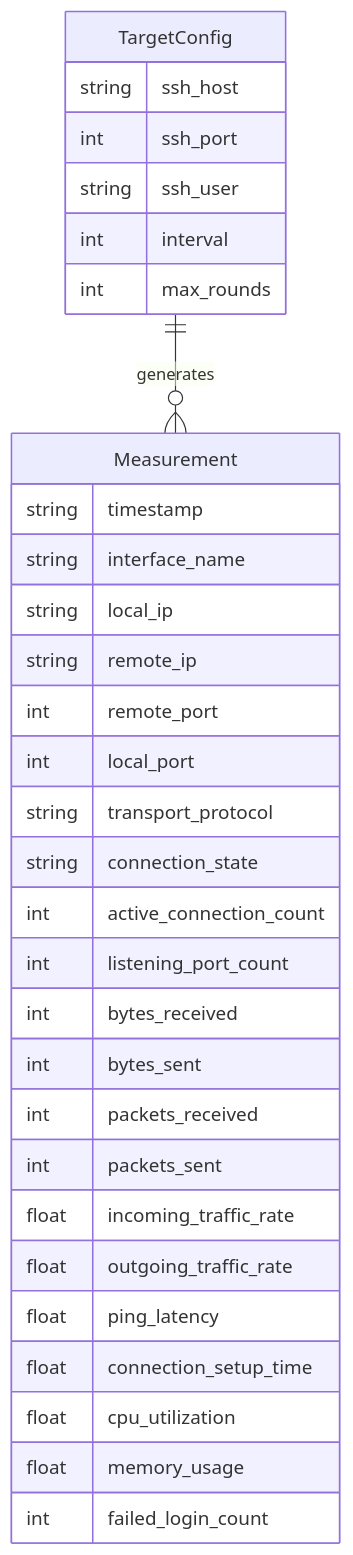
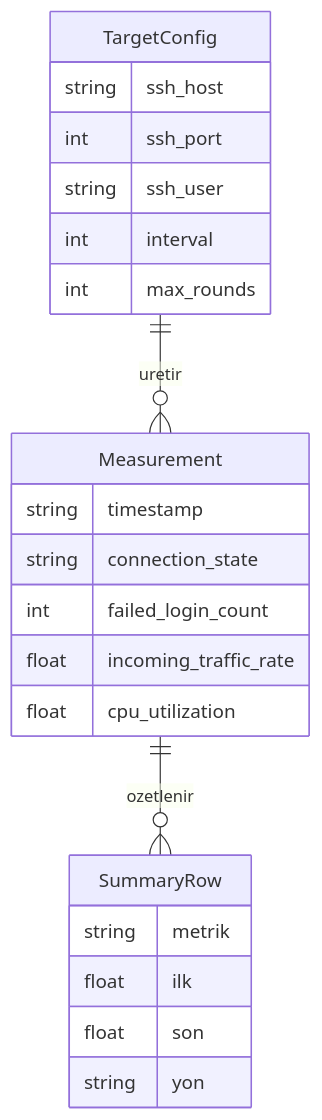
One commit to nahridebtukres/ostimteknikodev changed the diagram in ERD.md. Above: the diagram before and after it, drawn with Mermaid. The commit also changed other lines of this file and 5 other files, not shown here.

````diff
--- a/ERD.md
+++ b/ERD.md
@@ -47,34 +61,25 @@
 ```mermaid
 erDiagram
-    TargetConfig ||--o{ Measurement : generates
+    TargetConfig ||--o{ Measurement : uretir
+    Measurement ||--o{ SummaryRow : ozetlenir
     TargetConfig {
         string ssh_host
         int ssh_port
         string ssh_user
         int interval
         int max_rounds
     }
     Measurement {
         string timestamp
-        string interface_name
-        string local_ip
-        string remote_ip
-        int remote_port
-        int local_port
-        string transport_protocol
         string connection_state
-        int active_connection_count
-        int listening_port_count
-        int bytes_received
-        int bytes_sent
-        int packets_received
-        int packets_sent
+        int failed_login_count
         float incoming_traffic_rate
-        float outgoing_traffic_rate
-        float ping_latency
-        float connection_setup_time
         float cpu_utilization
-        float memory_usage
-        int failed_login_count
+    }
+    SummaryRow {
+        string metrik
+        float ilk
+        float son
+        string yon
     }
 ```
````
